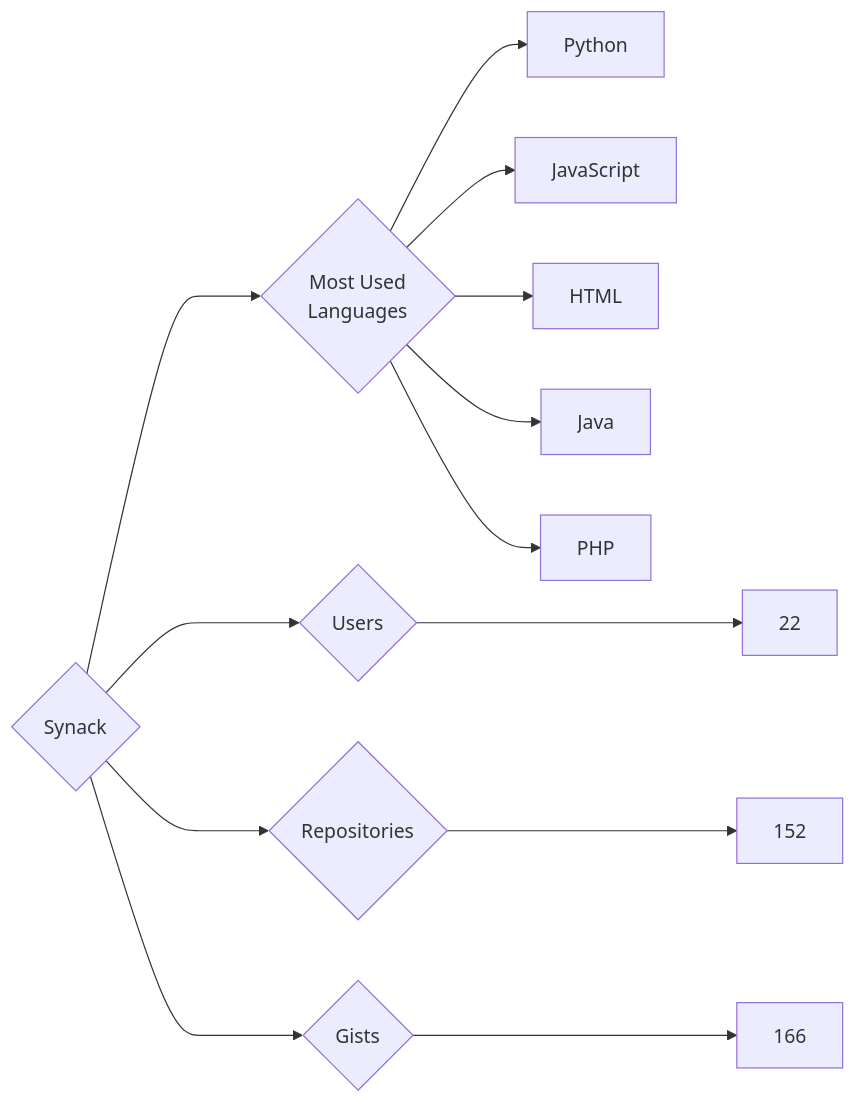
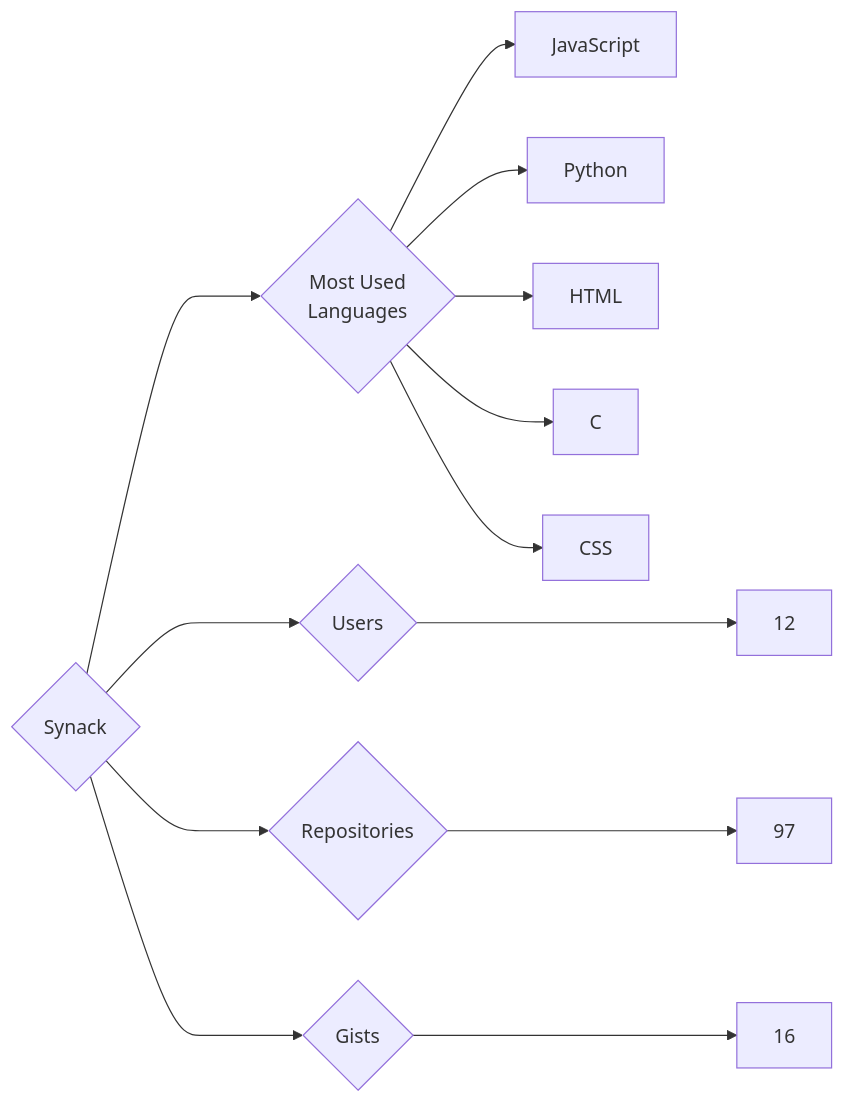
Before and after one commit to trickest/insiders: the diagram in targets/Synack/README.md, drawn with Mermaid. The commit also changed 964 other files, not shown here.

````diff
--- a/targets/Synack/README.md
+++ b/targets/Synack/README.md
@@ -3,13 +3,13 @@
 ```mermaid
 graph LR
 COMPANY_NAME{Synack}
-COMPANY_NAME ---> U{Users} ---> UN[22]
-COMPANY_NAME ---> R{Repositories} ---> RN[152]
-COMPANY_NAME ---> G{Gists} ---> GN[166]
+COMPANY_NAME ---> U{Users} ---> UN[12]
+COMPANY_NAME ---> R{Repositories} ---> RN[97]
+COMPANY_NAME ---> G{Gists} ---> GN[16]
 COMPANY_NAME ---> ML{Most Used<br>Languages}
+ML --> JavaScript[JavaScript]
 ML --> Python[Python]
-ML --> JavaScript[JavaScript]
 ML --> HTML[HTML]
-ML --> Java[Java]
-ML --> PHP[PHP]
+ML --> C[C]
+ML --> CSS[CSS]
 ```
````
